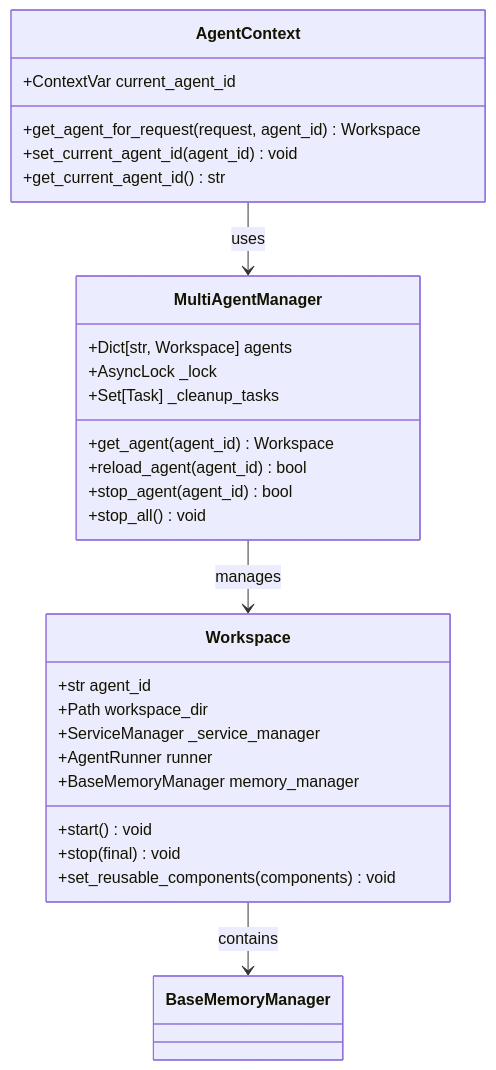
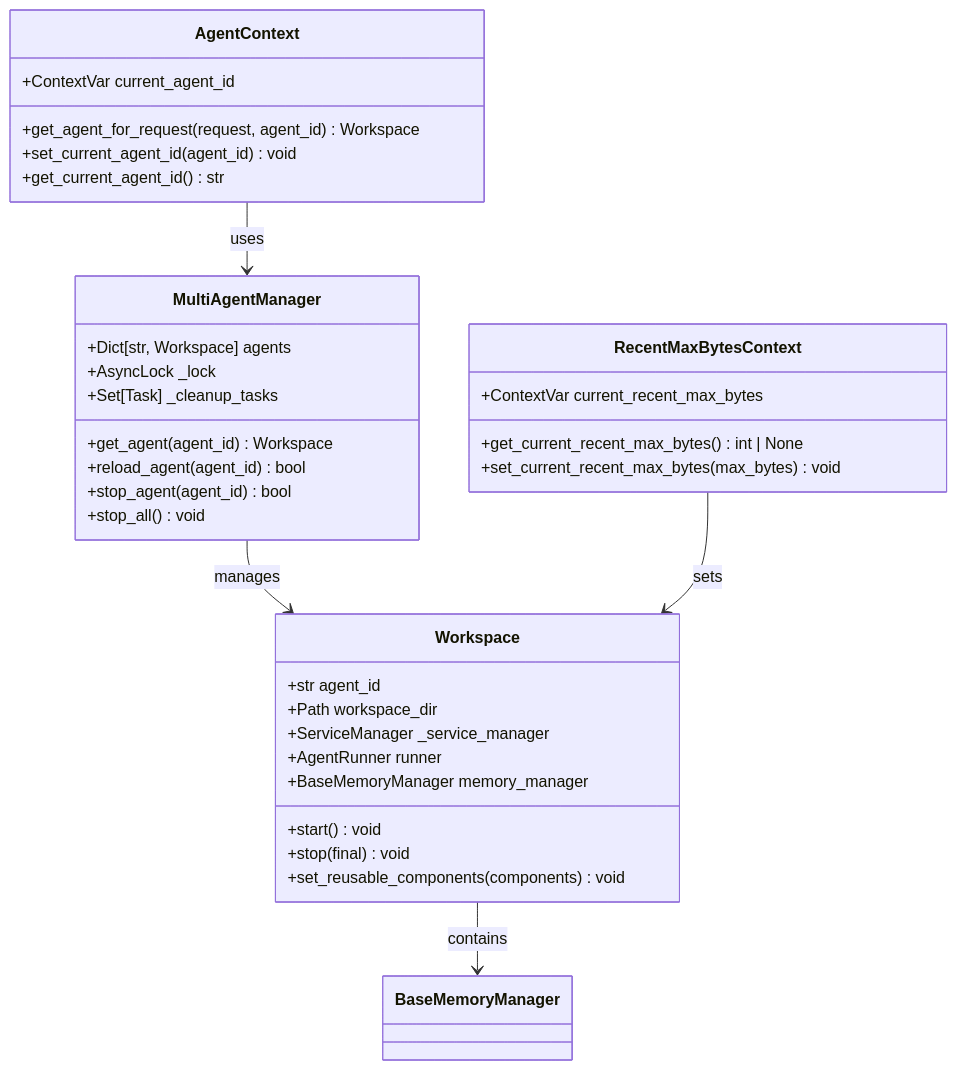
The second of 10 diagrams in .qoder/repowiki/zh/content/后端核心模块/上下文管理重构.md (livehl/CoPaw), drawn with Mermaid before and after one commit. The commit also changed other lines of this file and 12 other files, not shown here.

````diff
--- a/.qoder/repowiki/zh/content/后端核心模块/上下文管理重构.md
+++ b/.qoder/repowiki/zh/content/后端核心模块/上下文管理重构.md
@@ -82,31 +104,37 @@
 ```mermaid
 classDiagram
 class MultiAgentManager {
 +Dict[str, Workspace] agents
 +AsyncLock _lock
 +Set[Task] _cleanup_tasks
 +get_agent(agent_id) Workspace
 +reload_agent(agent_id) bool
 +stop_agent(agent_id) bool
 +stop_all() void
 }
 class Workspace {
 +str agent_id
 +Path workspace_dir
 +ServiceManager _service_manager
 +AgentRunner runner
 +BaseMemoryManager memory_manager
 +start() void
 +stop(final) void
 +set_reusable_components(components) void
 }
 class AgentContext {
 +ContextVar current_agent_id
 +get_agent_for_request(request, agent_id) Workspace
 +set_current_agent_id(agent_id) void
 +get_current_agent_id() str
 }
+class RecentMaxBytesContext {
++ContextVar current_recent_max_bytes
++get_current_recent_max_bytes() int | None
++set_current_recent_max_bytes(max_bytes) void
+}
 MultiAgentManager --> Workspace : manages
 AgentContext --> MultiAgentManager : uses
 Workspace --> BaseMemoryManager : contains
+RecentMaxBytesContext --> Workspace : sets
 ```
````
